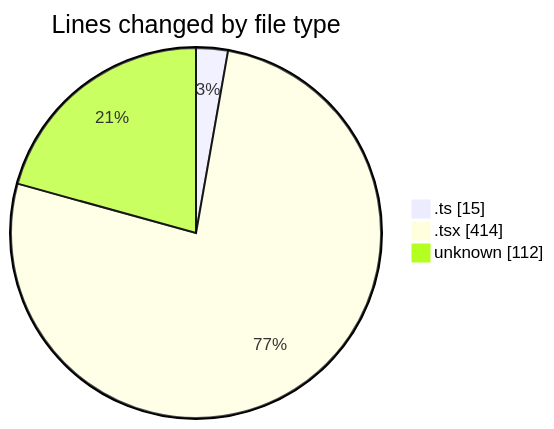
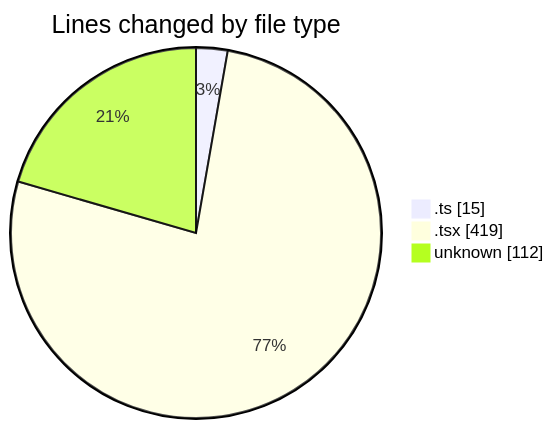
The first of 2 diagrams in 2026-04-29/cda/README.md (momahboobian/code-tracking), drawn with Mermaid before and after one commit. The commit also changed other lines of this file and 1 other file, not shown here.

````diff
--- a/2026-04-29/cda/README.md
+++ b/2026-04-29/cda/README.md
@@ -27,7 +27,7 @@
 ```mermaid
 pie showData
 title Lines changed by file type
 ".ts" : 15
-".tsx" : 414
+".tsx" : 419
 "unknown" : 112
 ```
````
